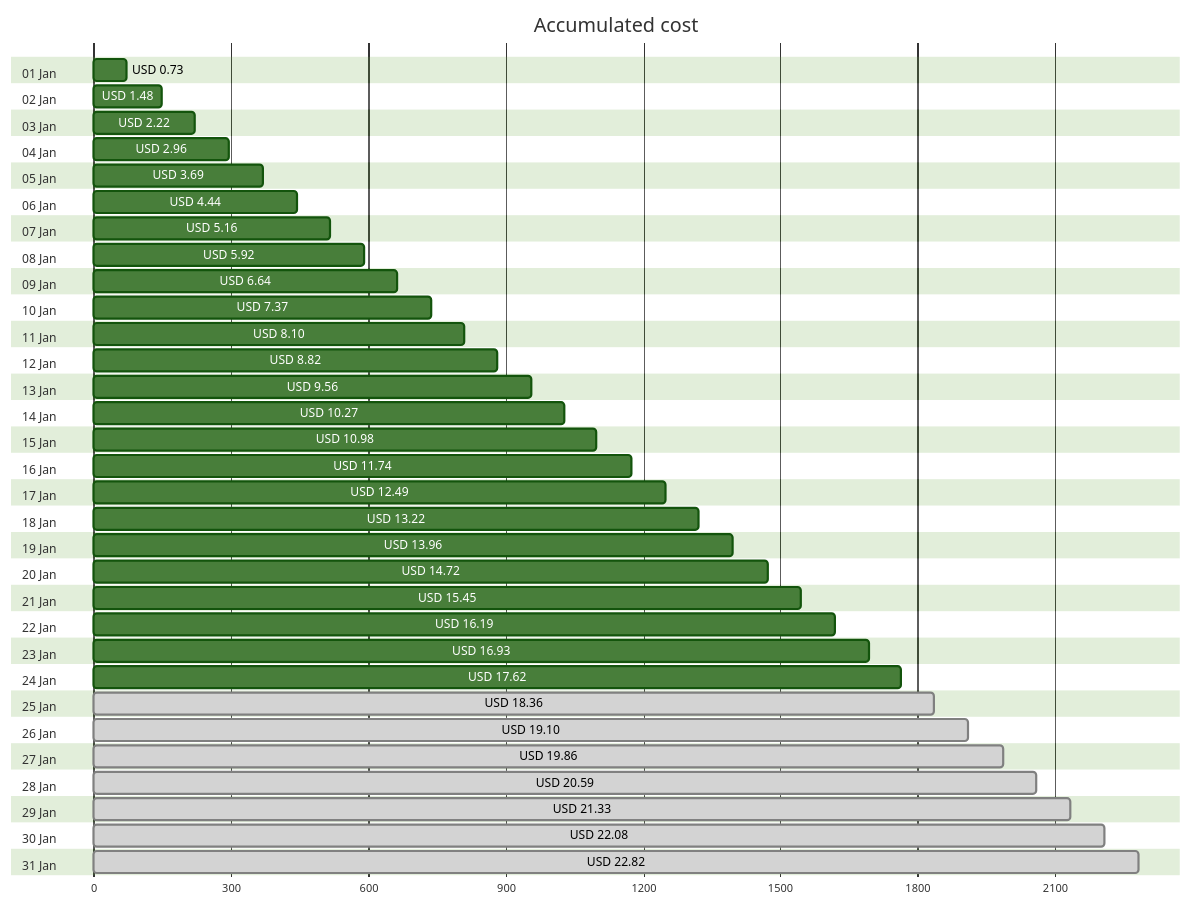
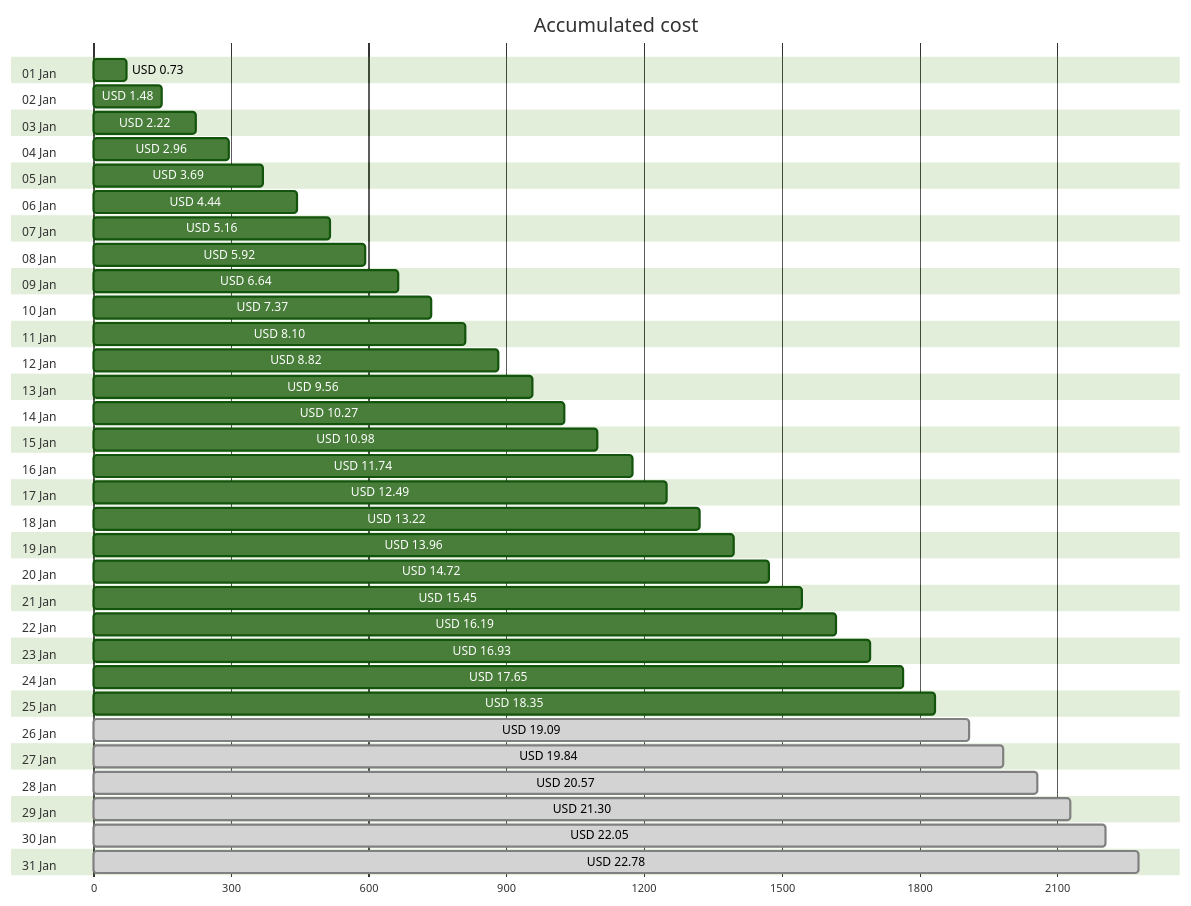
Before and after one commit to jpfulton/azure-personal-reports: the first of 4 diagrams in cost-reports/personal-network/backup-server-data-disk.md, drawn with Mermaid (forest theme). The commit also changed other lines of this file and 8 other files, not shown here.

````diff
--- a/cost-reports/personal-network/backup-server-data-disk.md
+++ b/cost-reports/personal-network/backup-server-data-disk.md
@@ -20,68 +20,68 @@
 ```mermaid
 gantt
    title Accumulated cost
    dateFormat  X
    axisFormat %s
    section 01 Jan
    USD 0.73 :0, 73
    section 02 Jan
    USD 1.48 :0, 148
    section 03 Jan
    USD 2.22 :0, 222
    section 04 Jan
    USD 2.96 :0, 296
    section 05 Jan
    USD 3.69 :0, 369
    section 06 Jan
    USD 4.44 :0, 444
    section 07 Jan
    USD 5.16 :0, 516
    section 08 Jan
    USD 5.92 :0, 592
    section 09 Jan
    USD 6.64 :0, 664
    section 10 Jan
    USD 7.37 :0, 737
    section 11 Jan
    USD 8.10 :0, 810
    section 12 Jan
    USD 8.82 :0, 882
    section 13 Jan
    USD 9.56 :0, 956
    section 14 Jan
    USD 10.27 :0, 1027
    section 15 Jan
    USD 10.98 :0, 1098
    section 16 Jan
    USD 11.74 :0, 1174
    section 17 Jan
    USD 12.49 :0, 1249
    section 18 Jan
    USD 13.22 :0, 1322
    section 19 Jan
    USD 13.96 :0, 1396
    section 20 Jan
    USD 14.72 :0, 1472
    section 21 Jan
    USD 15.45 :0, 1545
    section 22 Jan
    USD 16.19 :0, 1619
    section 23 Jan
    USD 16.93 :0, 1693
    section 24 Jan
-   USD 17.62 :0, 1762
+   USD 17.65 :0, 1765
    section 25 Jan
-   USD 18.36 : done, 0, 1836
+   USD 18.35 :0, 1835
    section 26 Jan
-   USD 19.10 : done, 0, 1910
+   USD 19.09 : done, 0, 1909
    section 27 Jan
-   USD 19.86 : done, 0, 1986
+   USD 19.84 : done, 0, 1984
    section 28 Jan
-   USD 20.59 : done, 0, 2059
+   USD 20.57 : done, 0, 2057
    section 29 Jan
-   USD 21.33 : done, 0, 2133
+   USD 21.30 : done, 0, 2130
    section 30 Jan
-   USD 22.08 : done, 0, 2208
+   USD 22.05 : done, 0, 2205
    section 31 Jan
-   USD 22.82 : done, 0, 2282
+   USD 22.78 : done, 0, 2278
 ```
````
